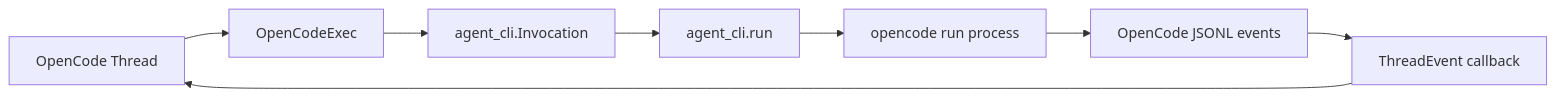
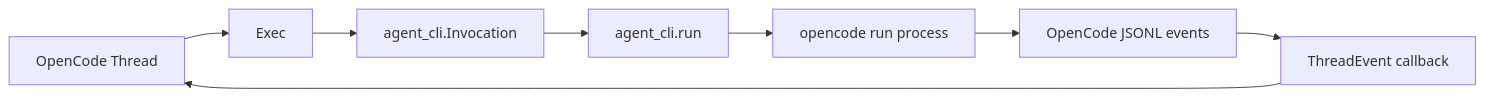
One commit to totto2727-org/opencode-sdk changed the first of 2 diagrams in README.mbt.md. Above: the diagram before and after it, drawn with Mermaid. The commit also changed other lines of this file and 8 other files, not shown here.

````diff
--- a/README.mbt.md
+++ b/README.mbt.md
@@ -104,10 +104,10 @@
 ```mermaid
 flowchart LR
-  Thread[OpenCode Thread] --> Exec[OpenCodeExec]
+  Thread[OpenCode Thread] --> Exec[Exec]
   Exec --> Invocation[agent_cli.Invocation]
   Invocation --> Run[agent_cli.run]
   Run --> Process[opencode run process]
   Process --> Jsonl[OpenCode JSONL events]
   Jsonl --> Event[ThreadEvent callback]
   Event --> Thread
 ```
````
